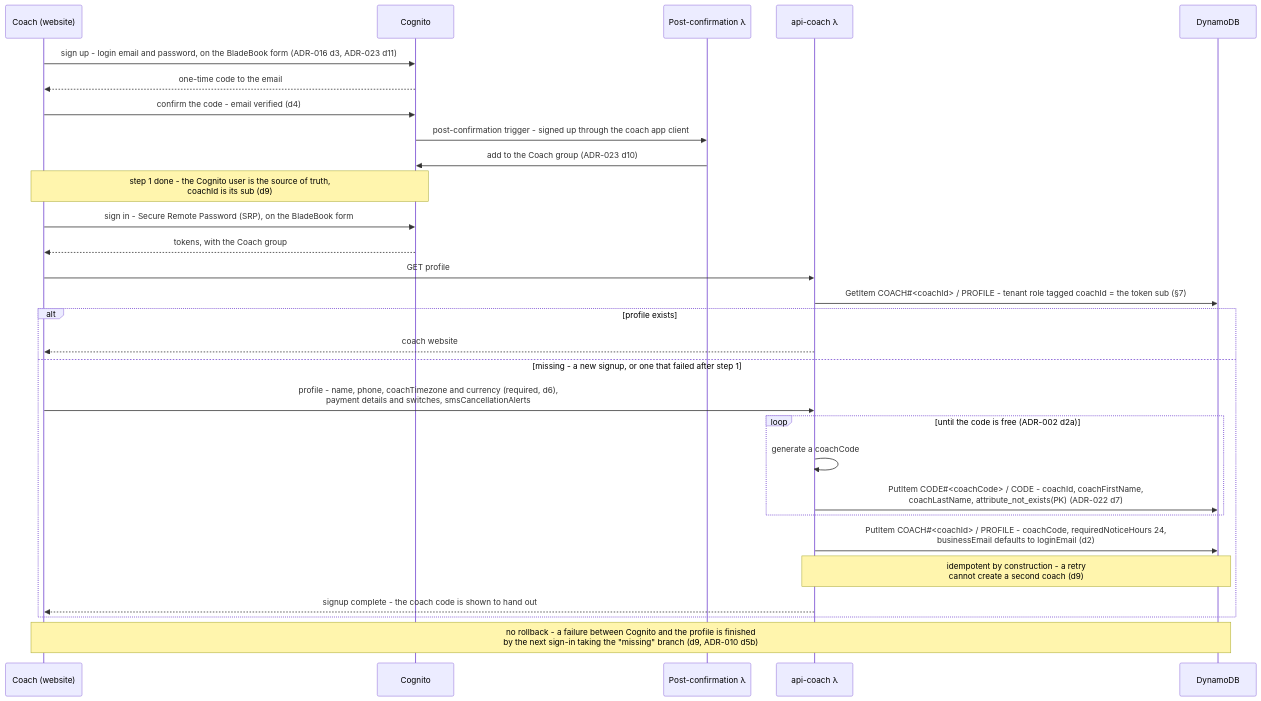
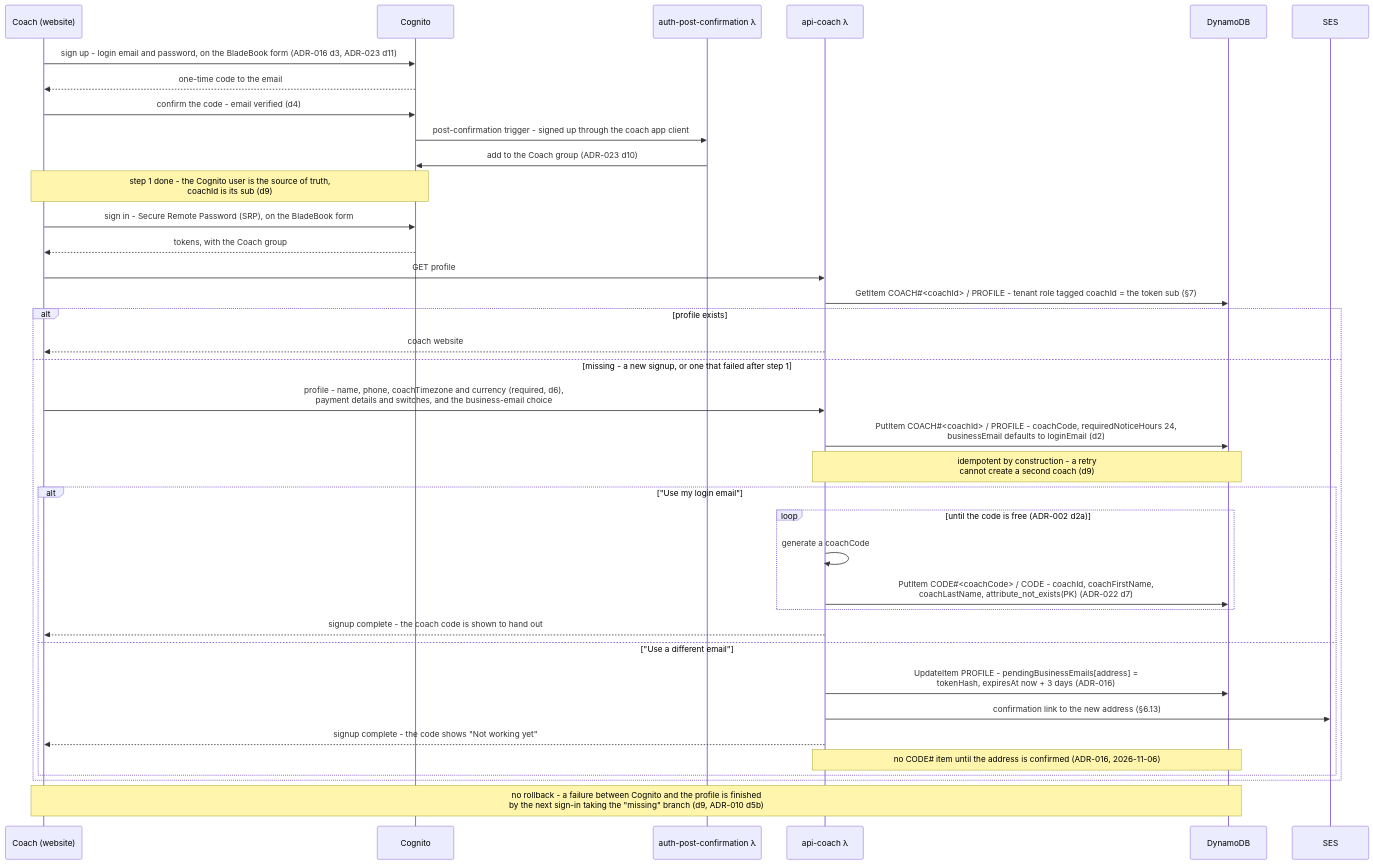
One commit to jessicamvega6/bladebook changed diagram 22 of 31 in docs/architecture.md. Above: the diagram before and after it, drawn with Mermaid. The commit also changed other lines of this file and 65 other files, not shown here.

````diff
--- a/docs/architecture.md
+++ b/docs/architecture.md
@@ -1805,31 +1810,39 @@
 ```mermaid
 sequenceDiagram
     participant C as Coach (website)
     participant Cog as Cognito
-    participant PC as Post-confirmation λ
+    participant PC as auth-post-confirmation λ
     participant API as api-coach λ
     participant DB as DynamoDB
+    participant SES as SES
     C->>Cog: sign up - login email and password, on the BladeBook form (ADR-016 d3, ADR-023 d11)
     Cog-->>C: one-time code to the email
     C->>Cog: confirm the code - email verified (d4)
     Cog->>PC: post-confirmation trigger - signed up through the coach app client
     PC->>Cog: add to the Coach group (ADR-023 d10)
     Note over C,Cog: step 1 done - the Cognito user is the source of truth,<br/>coachId is its sub (d9)
     C->>Cog: sign in - Secure Remote Password (SRP), on the BladeBook form
     Cog-->>C: tokens, with the Coach group
     C->>API: GET profile
     API->>DB: GetItem COACH#35;<coachId> / PROFILE - tenant role tagged coachId = the token sub (§7)
     alt profile exists
         API-->>C: coach website
     else missing - a new signup, or one that failed after step 1
-        C->>API: profile - name, phone, coachTimezone and currency (required, d6),<br/>payment details and switches, smsCancellationAlerts
-        loop until the code is free (ADR-002 d2a)
-            API->>API: generate a coachCode
-            API->>DB: PutItem CODE#35;<coachCode> / CODE - coachId, coachFirstName,<br/>coachLastName, attribute_not_exists(PK) (ADR-022 d7)
-        end
+        C->>API: profile - name, phone, coachTimezone and currency (required, d6),<br/>payment details and switches, and the business-email choice
         API->>DB: PutItem COACH#35;<coachId> / PROFILE - coachCode, requiredNoticeHours 24,<br/>businessEmail defaults to loginEmail (d2)
         Note over API,DB: idempotent by construction - a retry<br/>cannot create a second coach (d9)
-        API-->>C: signup complete - the coach code is shown to hand out
+        alt "Use my login email"
+            loop until the code is free (ADR-002 d2a)
+                API->>API: generate a coachCode
+                API->>DB: PutItem CODE#35;<coachCode> / CODE - coachId, coachFirstName,<br/>coachLastName, attribute_not_exists(PK) (ADR-022 d7)
+            end
+            API-->>C: signup complete - the coach code is shown to hand out
+        else "Use a different email"
+            API->>DB: UpdateItem PROFILE - pendingBusinessEmails[address] =<br/>tokenHash, expiresAt now + 3 days (ADR-016)
+            API->>SES: confirmation link to the new address (§6.13)
+            API-->>C: signup complete - the code shows "Not working yet"
+            Note over API,DB: no CODE#35; item until the address is confirmed (ADR-016, 2026-11-06)
+        end
     end
     Note over C,DB: no rollback - a failure between Cognito and the profile is finished<br/>by the next sign-in taking the "missing" branch (d9, ADR-010 d5b)
 ```
````
